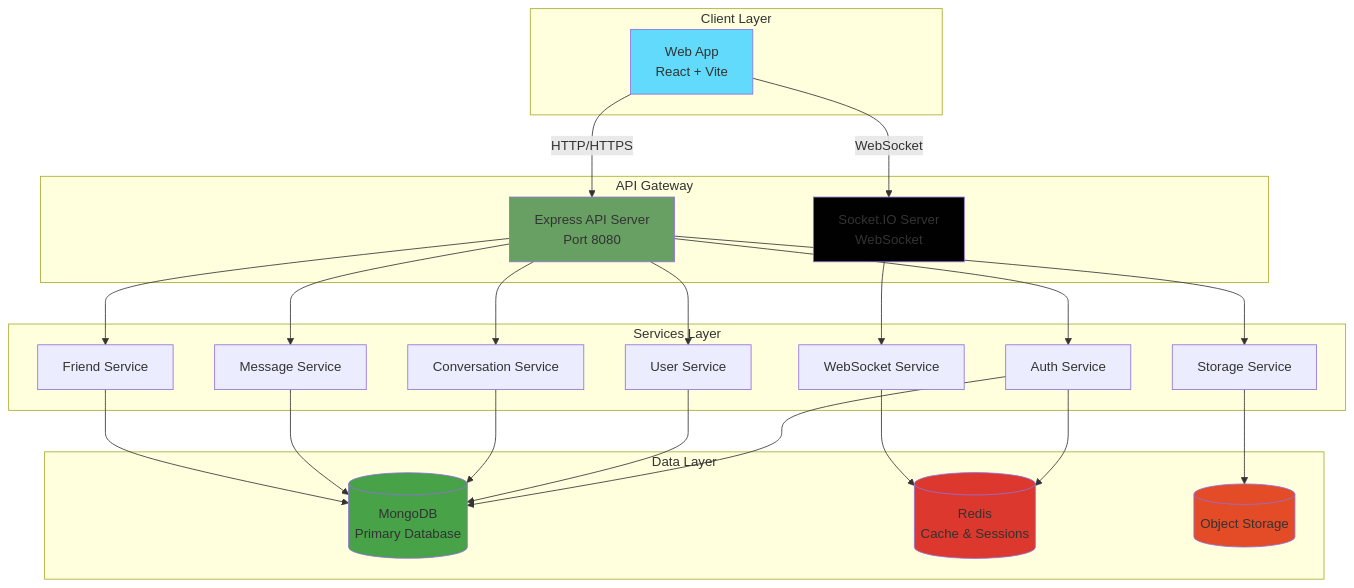
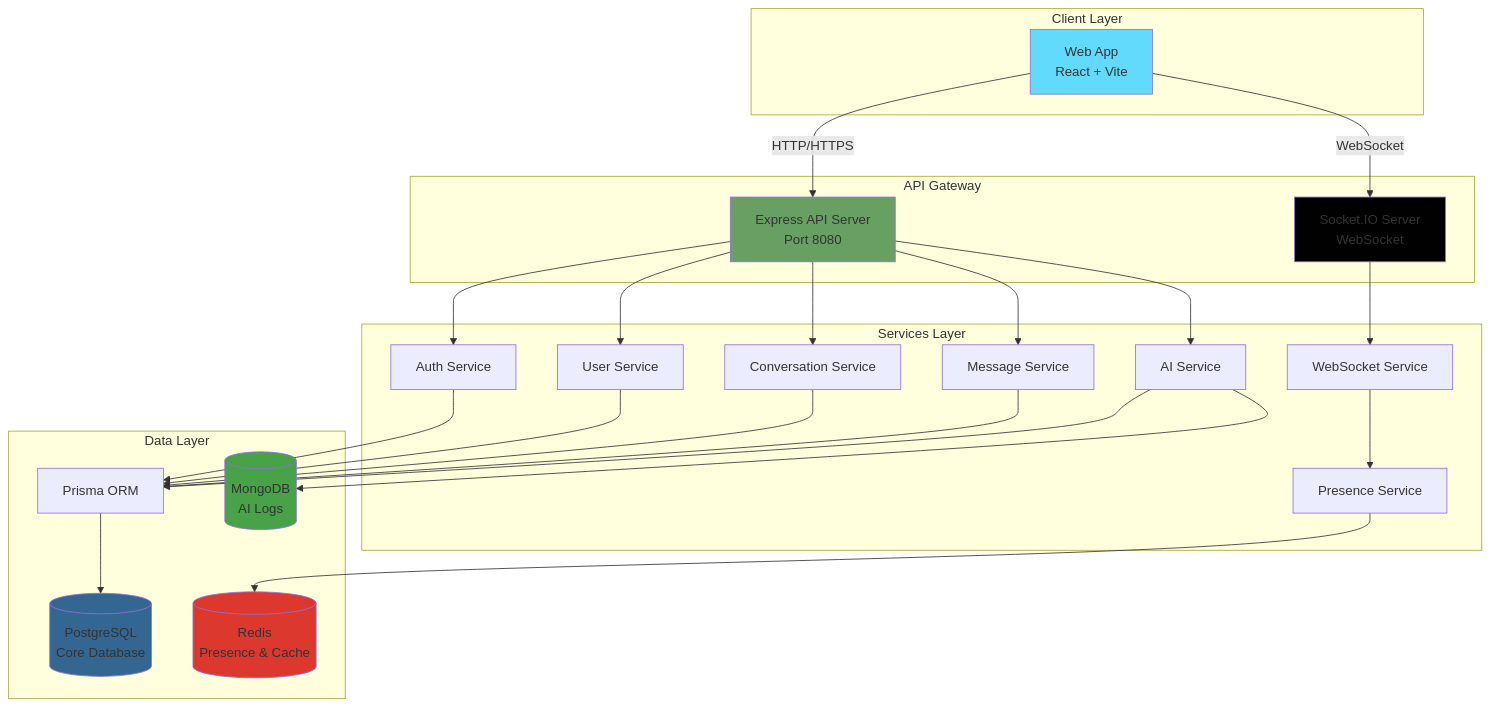
The diagram in docs/HIGH_LEVEL_DESIGN.md (EricNguyen1206/turbo-chat), drawn with Mermaid before and after one commit. The commit also changed other lines of this file and 42 other files, not shown here.

Commit message:
feat: implement ZeroClaw features, add new web pages, and update API and documentation for database changes

````diff
--- a/docs/HIGH_LEVEL_DESIGN.md
+++ b/docs/HIGH_LEVEL_DESIGN.md
@@ -36,55 +24,57 @@
 ```mermaid
 graph TB
     subgraph "Client Layer"
         WEB[Web App<br/>React + Vite]
     end
     
     subgraph "API Gateway"
         API[Express API Server<br/>Port 8080]
         WS[Socket.IO Server<br/>WebSocket]
     end
     
     subgraph "Services Layer"
         AUTH[Auth Service]
         USER[User Service]
         CONV[Conversation Service]
         MSG[Message Service]
-        FRIEND[Friend Service]
+        AI[AI Service]
+        PRES[Presence Service]
         WSVC[WebSocket Service]
-        STORAGE[Storage Service]
     end
     
     subgraph "Data Layer"
-        MONGO[(MongoDB<br/>Primary Database)]
-        REDIS[(Redis<br/>Cache & Sessions)]
-        S3[(Object Storage)]
+        PG[(PostgreSQL<br/>Core Database)]
+        PRISMA[Prisma ORM]
+        MONGO[(MongoDB<br/>AI Logs)]
+        REDIS[(Redis<br/>Presence & Cache)]
     end
     
     WEB -->|HTTP/HTTPS| API
     WEB -->|WebSocket| WS
     
     API --> AUTH
     API --> USER
     API --> CONV
     API --> MSG
-    API --> FRIEND
-    API --> STORAGE
+    API --> AI
     
     WS --> WSVC
+    WSVC --> PRES
     
-    AUTH --> MONGO
-    AUTH --> REDIS
-    USER --> MONGO
-    CONV --> MONGO
-    MSG --> MONGO
-    FRIEND --> MONGO
-    WSVC --> REDIS
-    STORAGE --> S3
+    AUTH --> PRISMA
+    USER --> PRISMA
+    CONV --> PRISMA
+    MSG --> PRISMA
+    AI --> PRISMA
+    AI --> MONGO
+    
+    PRISMA --> PG
+    PRES --> REDIS
     
     style WEB fill:#61dafb
     style API fill:#68a063
     style WS fill:#010101
+    style PG fill:#336791
     style MONGO fill:#47a248
     style REDIS fill:#dc382d
-    style S3 fill:#e34c26
 ```
````
